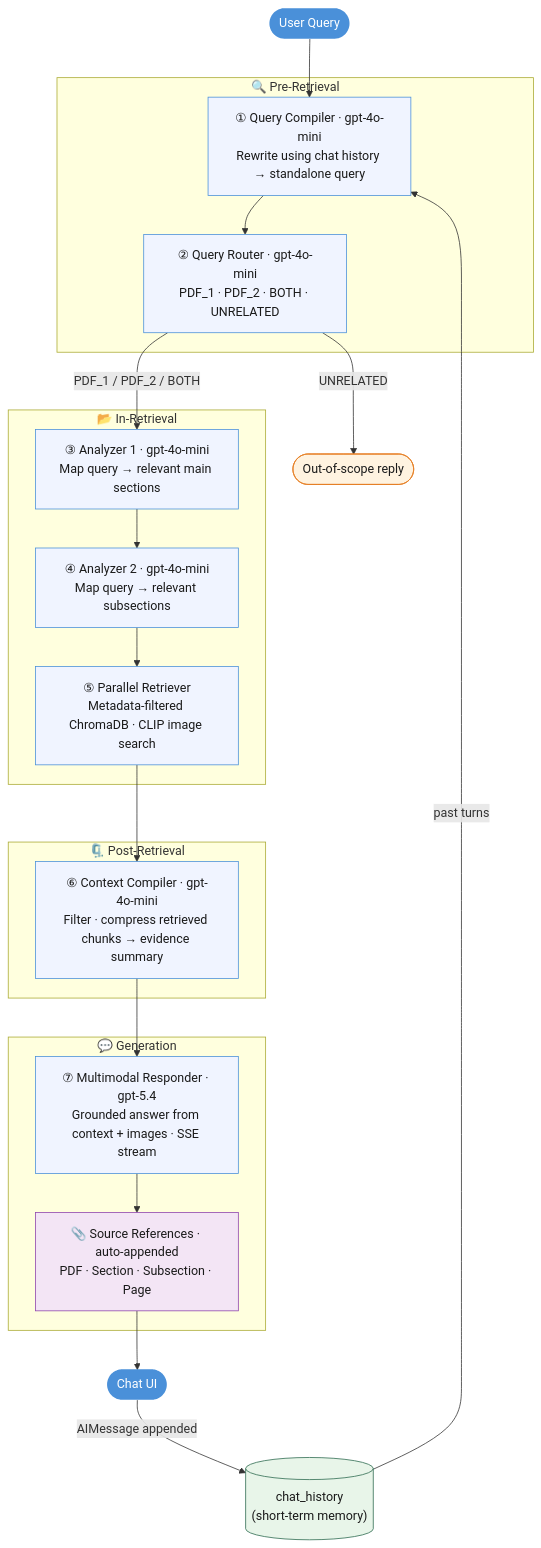
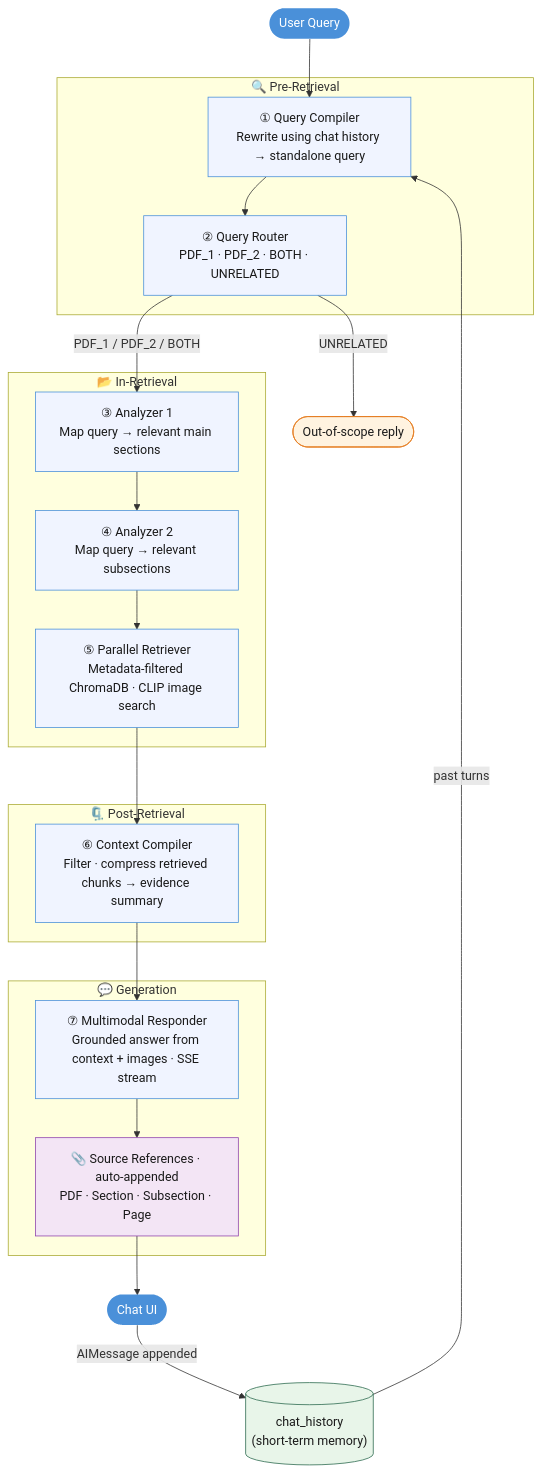
Before and after one commit to qing123777/multimodal-rag-pipeline: the second of 2 diagrams in README.md, drawn with Mermaid.

````diff
--- a/README.md
+++ b/README.md
@@ -70,44 +70,44 @@
 ```mermaid
 flowchart TD
     classDef proc  fill:#f0f4ff,stroke:#4a90d9,color:#1a1a1a
     classDef store fill:#e8f5e9,stroke:#2d6a4f,color:#1a1a1a
     classDef src   fill:#4a90d9,color:#fff,stroke:none
     classDef ref   fill:#f3e5f5,stroke:#8e44ad,color:#1a1a1a
     classDef guard fill:#fff3e0,stroke:#e67e22,color:#1a1a1a
 
     U([User Query]):::src
     CH[("chat_history\n(short-term memory)")]:::store
 
     subgraph PRE["🔍 Pre-Retrieval"]
-        A["① Query Compiler · gpt-4o-mini\nRewrite using chat history → standalone query"]:::proc
-        B["② Query Router · gpt-4o-mini\nPDF_1 · PDF_2 · BOTH · UNRELATED"]:::proc
+        A["① Query Compiler\nRewrite using chat history → standalone query"]:::proc
+        B["② Query Router\nPDF_1 · PDF_2 · BOTH · UNRELATED"]:::proc
     end
 
     subgraph RET["📂 In-Retrieval"]
-        C["③ Analyzer 1 · gpt-4o-mini\nMap query → relevant main sections"]:::proc
-        D["④ Analyzer 2 · gpt-4o-mini\nMap query → relevant subsections"]:::proc
+        C["③ Analyzer 1\nMap query → relevant main sections"]:::proc
+        D["④ Analyzer 2\nMap query → relevant subsections"]:::proc
         E["⑤ Parallel Retriever\nMetadata-filtered ChromaDB · CLIP image search"]:::proc
     end
 
     subgraph POST["🗜️ Post-Retrieval"]
-        F["⑥ Context Compiler · gpt-4o-mini\nFilter · compress retrieved chunks → evidence summary"]:::proc
+        F["⑥ Context Compiler\nFilter · compress retrieved chunks → evidence summary"]:::proc
     end
 
     subgraph GEN["💬 Generation"]
-        G["⑦ Multimodal Responder · gpt-5.4\nGrounded answer from context + images · SSE stream"]:::proc
+        G["⑦ Multimodal Responder\nGrounded answer from context + images · SSE stream"]:::proc
         R["📎 Source References · auto-appended\nPDF · Section · Subsection · Page"]:::ref
     end
 
     U --> A
     CH -->|past turns| A
     A --> B
     B -->|UNRELATED| Z([Out-of-scope reply]):::guard
     B -->|"PDF_1 / PDF_2 / BOTH"| C
     C --> D
     D --> E
     E --> F
     F --> G
     G --> R
     R --> H([Chat UI]):::src
     H -->|AIMessage appended| CH
 ```
````
